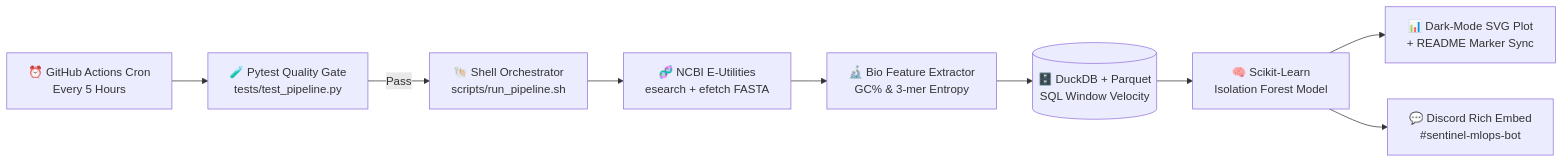
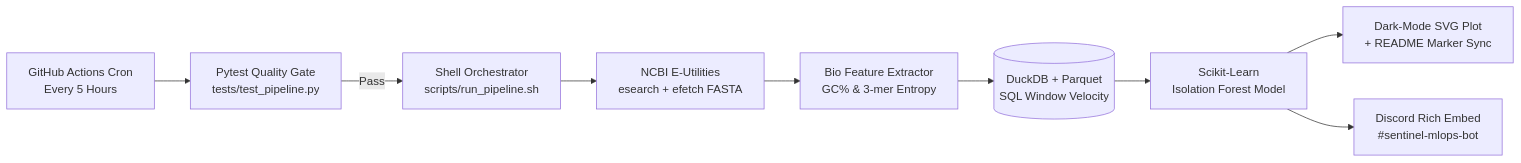
Before and after one commit to AbdulRaffayQureshi/pathogen-drift-sentinel: the diagram in README.md, drawn with Mermaid. The commit also changed other lines of this file and 2 other files, not shown here.

Commit message:
docs(readme): render LaTeX math formulas and Mermaid flowchart via Python generator

````diff
--- a/README.md
+++ b/README.md
@@ -44,11 +44,11 @@
 ```mermaid
 flowchart LR
-    A[⏰ GitHub Actions Cron<br/>Every 5 Hours] --> B[🧪 Pytest Quality Gate<br/>tests/test_pipeline.py]
-    B -->|Pass| C[🐚 Shell Orchestrator<br/>scripts/run_pipeline.sh]
-    C --> D[🧬 NCBI E-Utilities<br/>esearch + efetch FASTA]
-    D --> E[🔬 Bio Feature Extractor<br/>GC% & 3-mer Entropy]
-    E --> F[(🗄️ DuckDB + Parquet<br/>SQL Window Velocity)]
-    F --> G[🧠 Scikit-Learn<br/>Isolation Forest Model]
-    G --> H[📊 Dark-Mode SVG Plot<br/>+ README Marker Sync]
-    G --> I[💬 Discord Rich Embed<br/>#sentinel-mlops-bot]
+    A[GitHub Actions Cron<br/>Every 5 Hours] --> B[Pytest Quality Gate<br/>tests/test_pipeline.py]
+    B -->|Pass| C[Shell Orchestrator<br/>scripts/run_pipeline.sh]
+    C --> D[NCBI E-Utilities<br/>esearch + efetch FASTA]
+    D --> E[Bio Feature Extractor<br/>GC% & 3-mer Entropy]
+    E --> F[(DuckDB + Parquet<br/>SQL Window Velocity)]
+    F --> G[Scikit-Learn<br/>Isolation Forest Model]
+    G --> H[Dark-Mode SVG Plot<br/>+ README Marker Sync]
+    G --> I[Discord Rich Embed<br/>#sentinel-mlops-bot]
 ```
````
